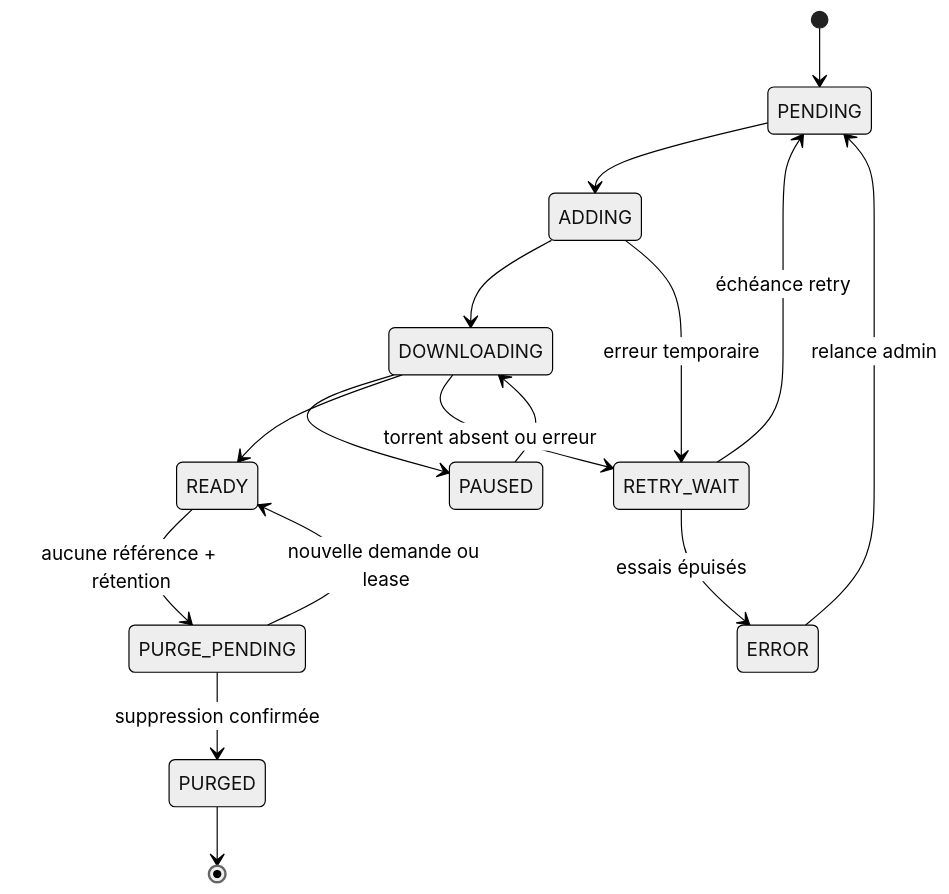
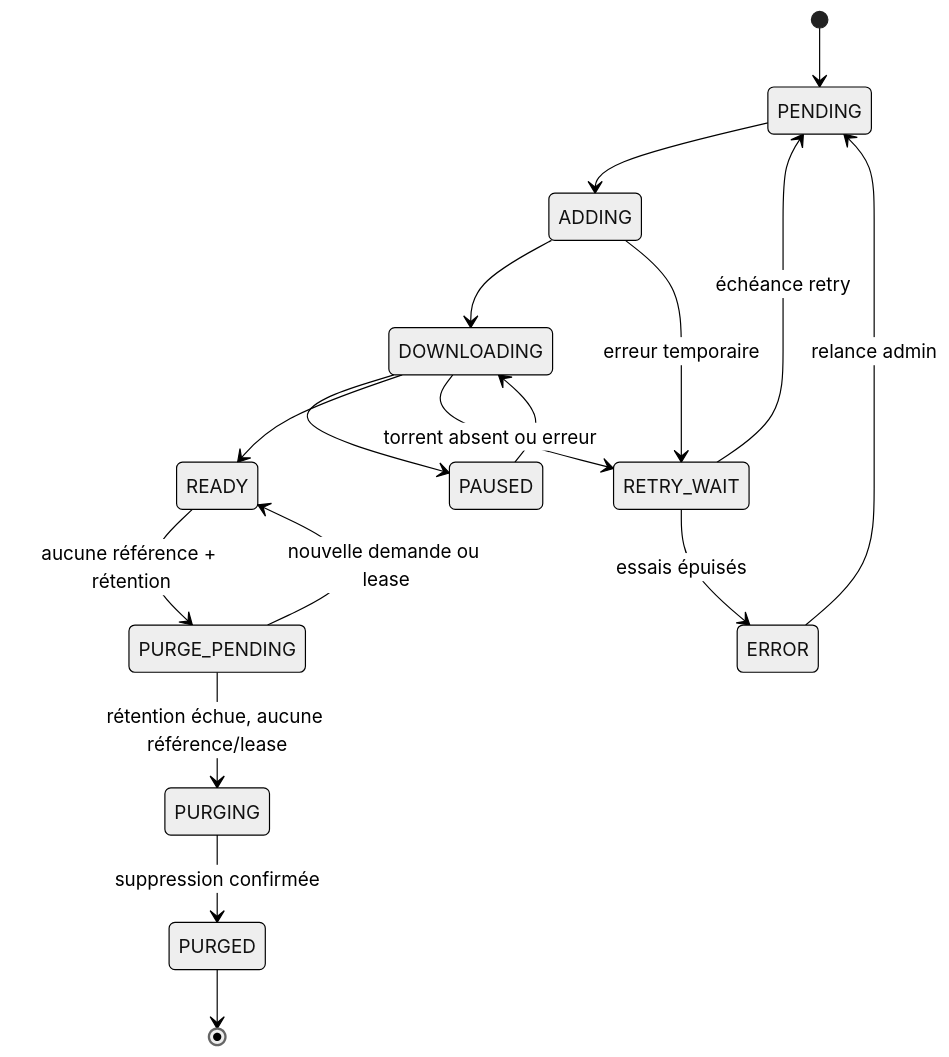
One commit to ThomasPerez91/World-of-Seeds changed the first of 5 diagrams in docs/state-machines-v2.md. Above: the diagram before and after it, drawn with Mermaid (neutral theme). The commit also changed other lines of this file and 21 other files, not shown here.

````diff
--- a/docs/state-machines-v2.md
+++ b/docs/state-machines-v2.md
@@ -9,18 +9,19 @@
 ```mermaid
 stateDiagram-v2
     [*] --> PENDING
     PENDING --> ADDING
     ADDING --> DOWNLOADING
     DOWNLOADING --> PAUSED
     PAUSED --> DOWNLOADING
     DOWNLOADING --> READY
     ADDING --> RETRY_WAIT: erreur temporaire
     DOWNLOADING --> RETRY_WAIT: torrent absent ou erreur
     RETRY_WAIT --> PENDING: échéance retry
     RETRY_WAIT --> ERROR: essais épuisés
     ERROR --> PENDING: relance admin
     READY --> PURGE_PENDING: aucune référence + rétention
     PURGE_PENDING --> READY: nouvelle demande ou lease
-    PURGE_PENDING --> PURGED: suppression confirmée
+    PURGE_PENDING --> PURGING: rétention échue, aucune référence/lease
+    PURGING --> PURGED: suppression confirmée
     PURGED --> [*]
 ```
````
